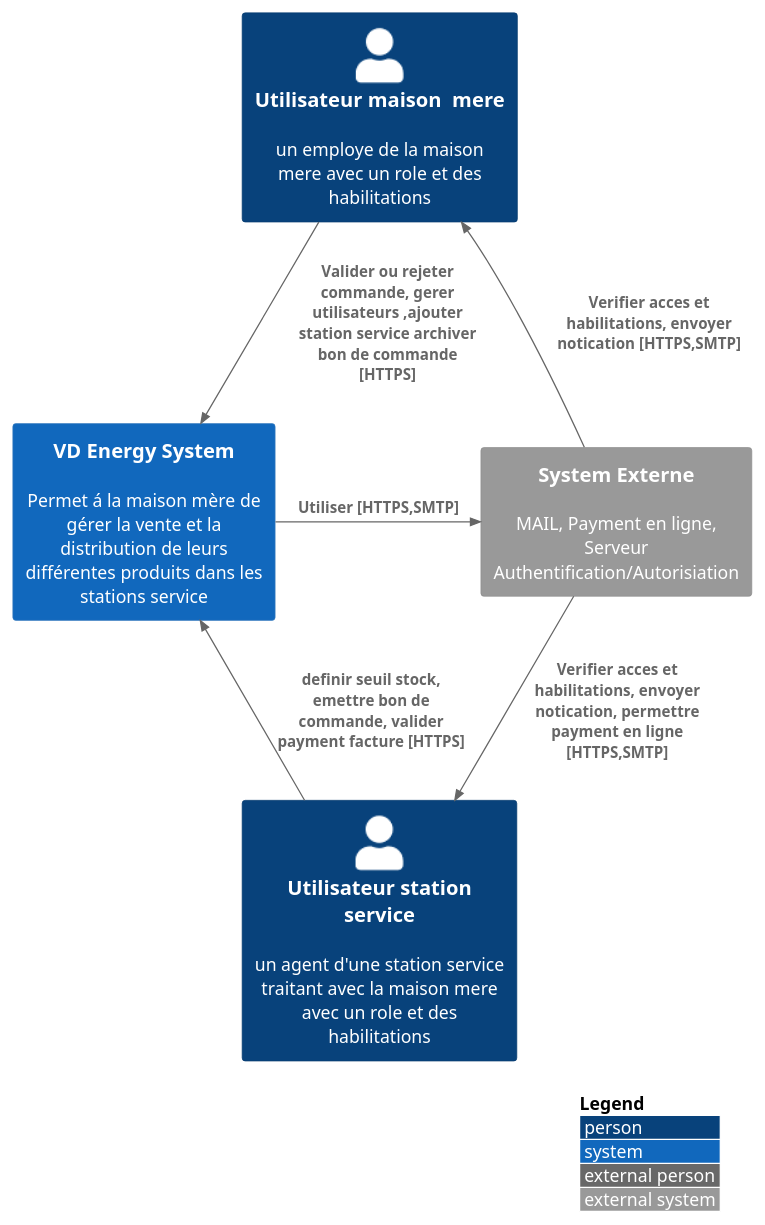
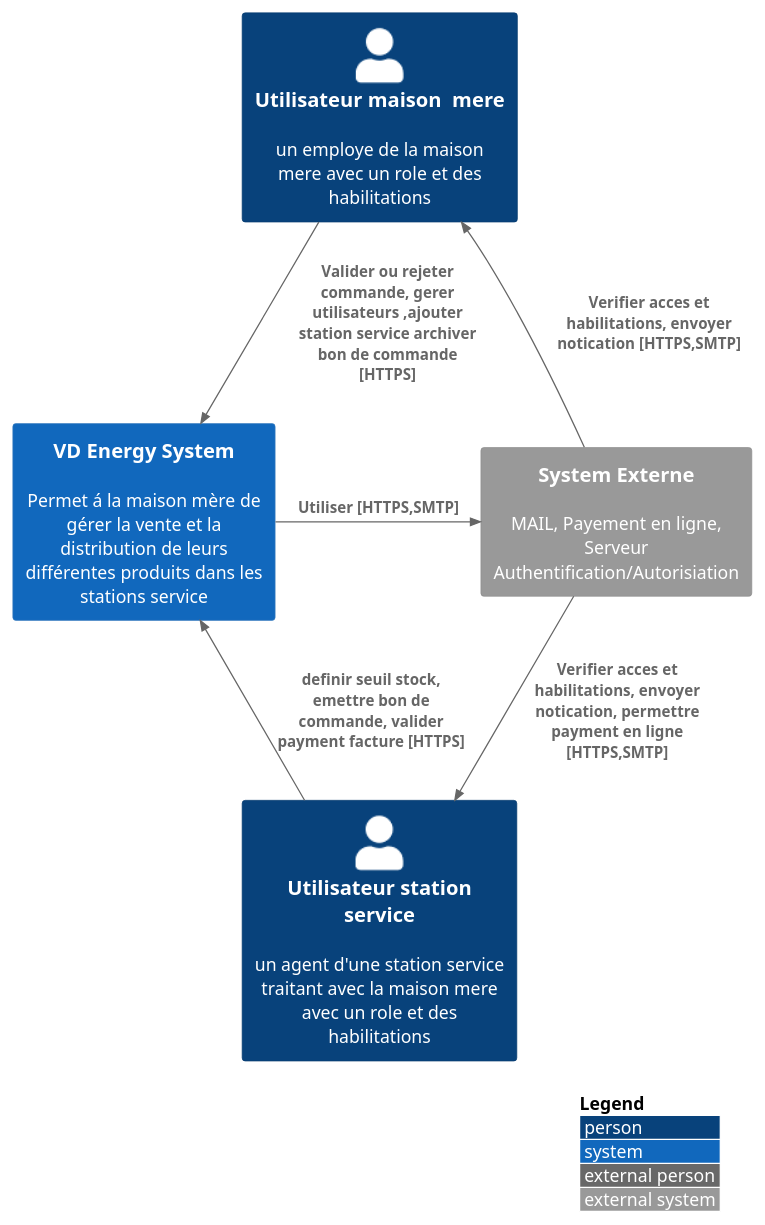
Before and after one commit to GhostCN/memoire: the diagram in src/context.puml, drawn with PlantUML. The commit also changed 3 other files, not shown here.

```diff
--- a/src/context.puml
+++ b/src/context.puml
@@ -1,19 +1,19 @@
 @startuml
 !include https://raw.githubusercontent.com/adrianvlupu/C4-PlantUML/latest/C4_Context.puml
 
 LAYOUT_WITH_LEGEND()
 
 Person(uss, "Utilisateur station service", "un agent d'une station service traitant avec la maison mere avec un role et des habilitations")
 Person(umm, "Utilisateur maison  mere", "un employe de la maison mere avec un role et des habilitations")
 System(vde, "VD Energy System", "Permet á la maison mère de gérer la vente et la distribution de leurs différentes produits dans les stations service")
-System_Ext(es, "System Externe", "MAIL, Payment en ligne, Serveur Authentification/Autorisiation")
+System_Ext(es, "System Externe", "MAIL, Payement en ligne, Serveur Authentification/Autorisiation")
 'System_Ext(mbs, "Mainframe Banking System", "Stores all of the core banking information about customers, accounts, transactions, etc.")
 
 Rel(uss, vde, "definir seuil stock, emettre bon de commande, valider payment facture [HTTPS] ")
 Rel_R(umm, vde, "Valider ou rejeter commande, gerer utilisateurs ,ajouter station service archiver bon de commande [HTTPS] ")
 Rel_R(vde, es, "Utiliser [HTTPS,SMTP]")
 Rel(es, uss, "Verifier acces et habilitations, envoyer notication, permettre payment en ligne [HTTPS,SMTP]")
 Rel(es, umm, "Verifier acces et habilitations, envoyer notication [HTTPS,SMTP]")
 'Rel(ibs, es, "Sends e-mails", "SMTP")
 'Rel(ibs, mbs, "Uses")
 @enduml
```
